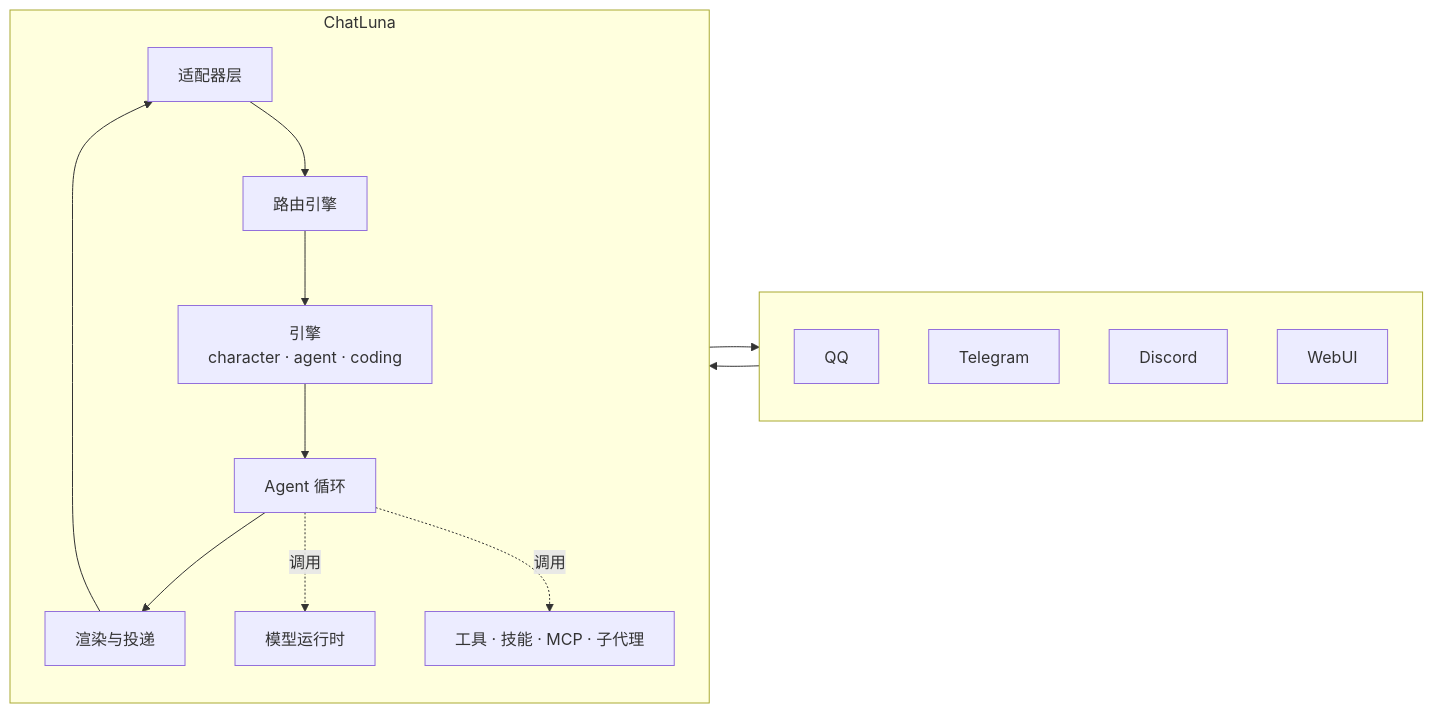
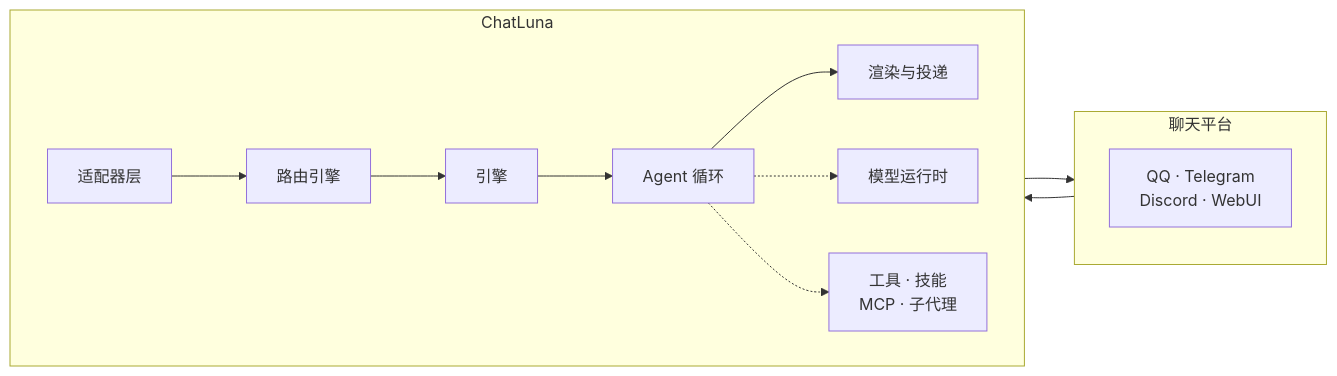
The diagram in docs/manual/introduction.md (ChatLunaLab/doc), drawn with Mermaid before and after one commit.

Commit message:
docs(manual): straighten architecture flowchart to a linear path

````diff
--- a/docs/manual/introduction.md
+++ b/docs/manual/introduction.md
@@ -55,26 +55,19 @@
 ```mermaid
 flowchart LR
-    subgraph P[" "]
-        direction TB
-        QQ[QQ]
-        TG[Telegram]
-        DC[Discord]
-        WEB[WebUI]
+    subgraph P["聊天平台"]
+        QQ["QQ · Telegram<br/>Discord · WebUI"]
     end
 
     subgraph ChatLuna["ChatLuna"]
-        direction TB
+        direction LR
         A["适配器层"] --> R["路由引擎"]
-        R --> E["引擎<br/>character · agent · coding"]
+        R --> E["引擎"]
         E --> L["Agent 循环"]
         L --> D["渲染与投递"]
-        M["模型运行时"]
-        T["工具 · 技能 · MCP · 子代理"]
-        L -.调用.-> M
-        L -.调用.-> T
-        D --> A
+        L -.-> M["模型运行时"]
+        L -.-> T["工具 · 技能<br/>MCP · 子代理"]
     end
 
     P --> A
     D --> P
 ```
````
